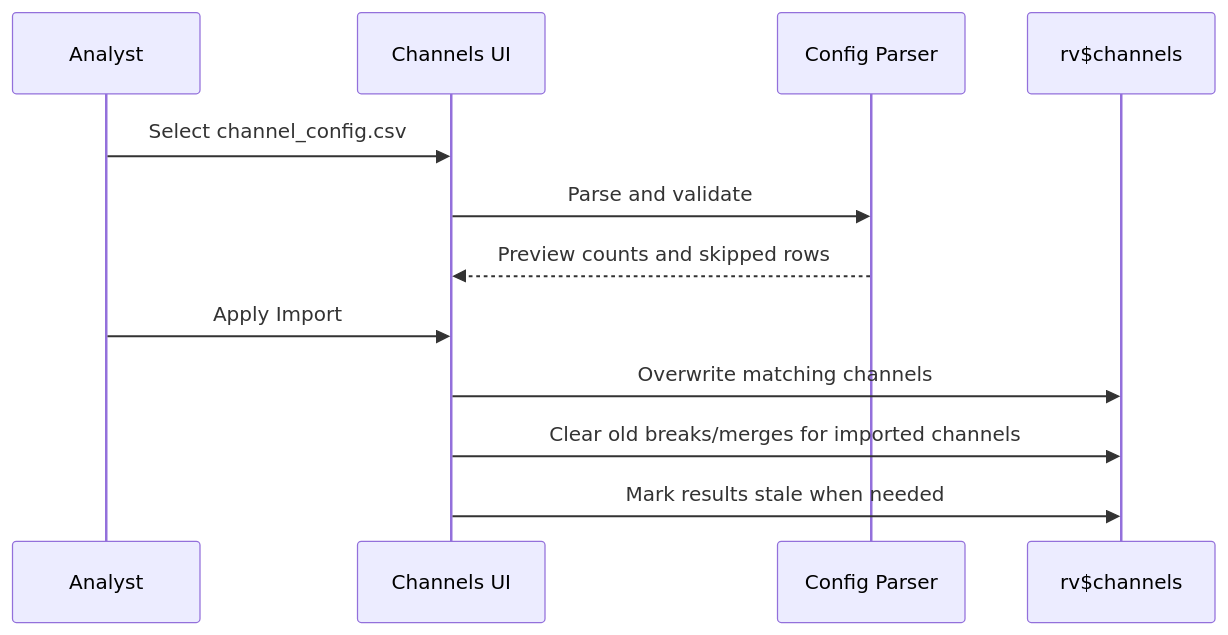
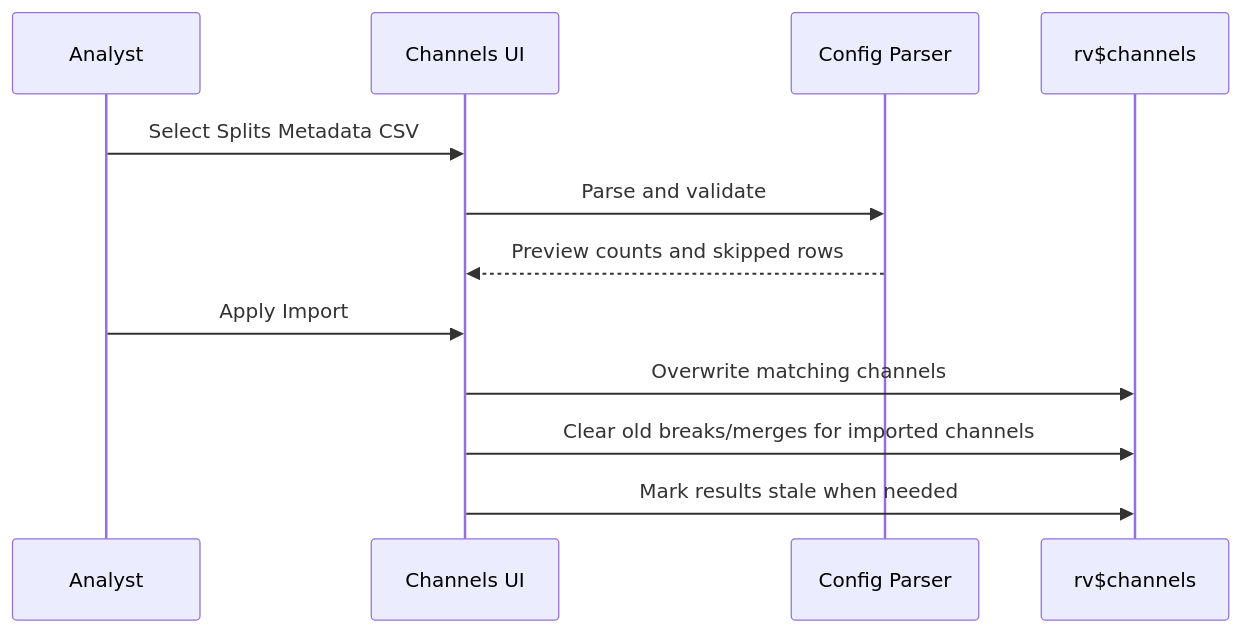
Before and after one commit to MiguelPalmaWpp/Split-Generator-for-PSO: the fifth of 9 diagrams in README.md, drawn with Mermaid. The commit also changed other lines of this file and 87 other files, not shown here.

````diff
--- a/README.md
+++ b/README.md
@@ -234,15 +244,15 @@
 ```mermaid
 sequenceDiagram
     participant Analyst
     participant UI as Channels UI
     participant Parser as Config Parser
     participant State as rv$channels
 
-    Analyst->>UI: Select channel_config.csv
+    Analyst->>UI: Select Splits Metadata CSV
     UI->>Parser: Parse and validate
     Parser-->>UI: Preview counts and skipped rows
     Analyst->>UI: Apply Import
     UI->>State: Overwrite matching channels
     UI->>State: Clear old breaks/merges for imported channels
     UI->>State: Mark results stale when needed
 ```
````
